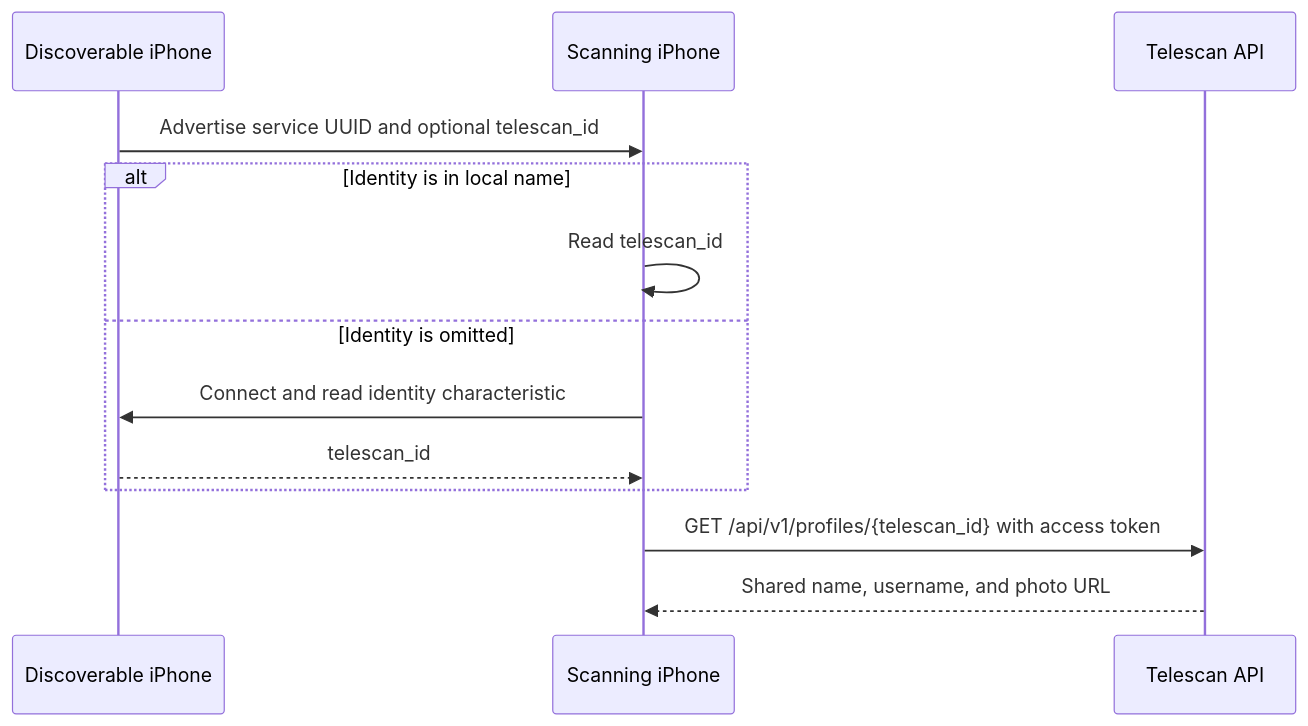
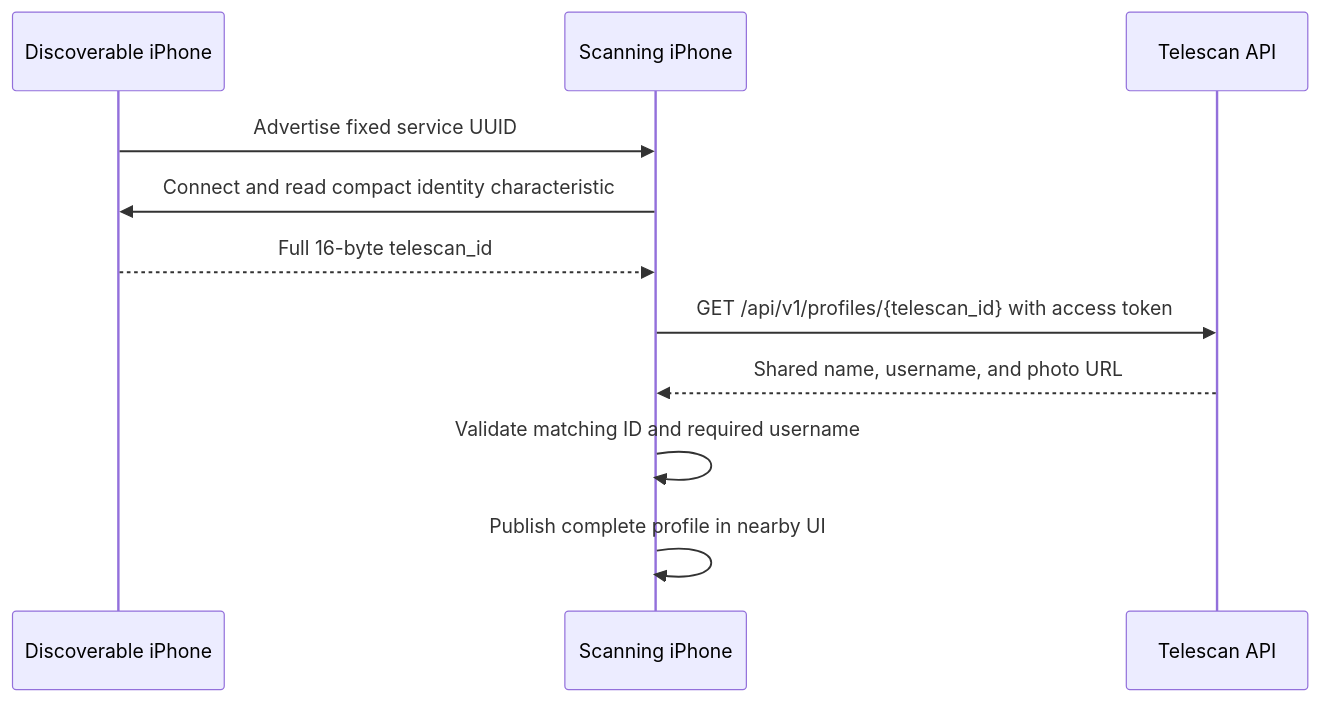
One commit to hiTechTeam/Telescan-info changed the second of 2 diagrams in WHITEPAPER.md. Above: the diagram before and after it, drawn with Mermaid. The commit also changed other lines of this file and 3 other files, not shown here.

````diff
--- a/WHITEPAPER.md
+++ b/WHITEPAPER.md
@@ -114,16 +122,14 @@
 ```mermaid
 sequenceDiagram
     participant A as Discoverable iPhone
     participant B as Scanning iPhone
     participant API as Telescan API
 
-    A->>B: Advertise service UUID and optional telescan_id
-    alt Identity is in local name
-        B->>B: Read telescan_id
-    else Identity is omitted
-        B->>A: Connect and read identity characteristic
-        A-->>B: telescan_id
-    end
+    A->>B: Advertise fixed service UUID
+    B->>A: Connect and read compact identity characteristic
+    A-->>B: Full 16-byte telescan_id
     B->>API: GET /api/v1/profiles/{telescan_id} with access token
     API-->>B: Shared name, username, and photo URL
+    B->>B: Validate matching ID and required username
+    B->>B: Publish complete profile in nearby UI
 ```
````
